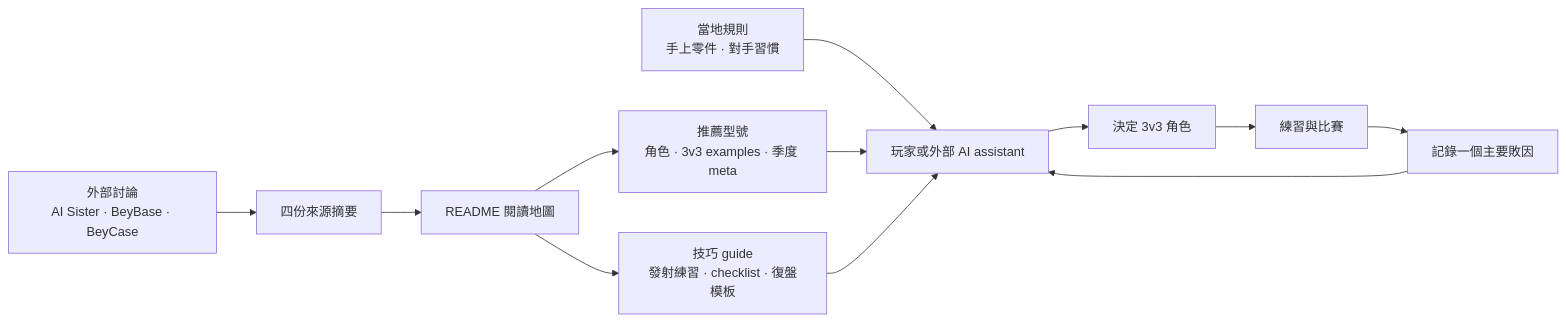
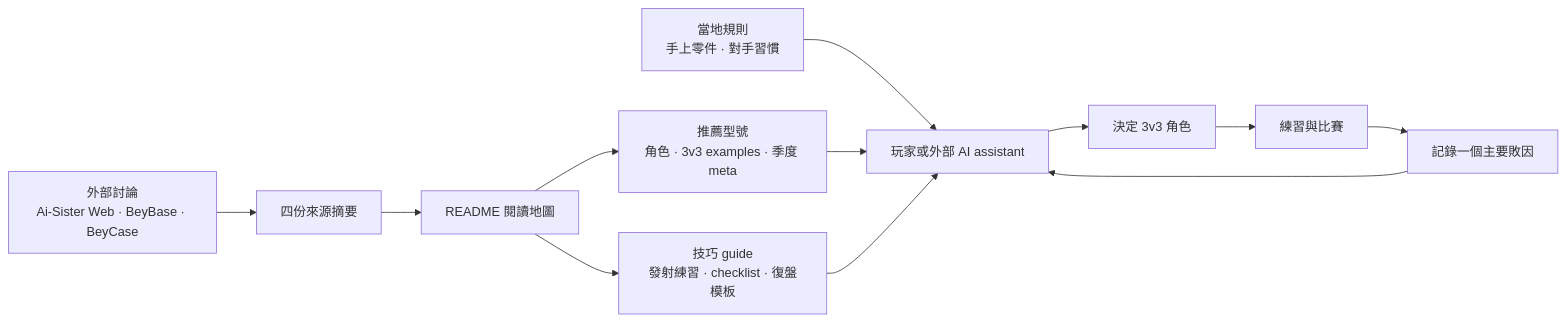
The second of 2 diagrams in projects/zhan-dou-tuo-luo.md (teddashh/teddashh), drawn with Mermaid before and after one commit. The commit also changed other lines of this file and 16 other files, not shown here.

```diff
--- a/projects/zhan-dou-tuo-luo.md
+++ b/projects/zhan-dou-tuo-luo.md
@@ -324,14 +326,14 @@
 ~~~mermaid
 flowchart LR
-    S["外部討論<br/>AI Sister · BeyBase · BeyCase"] --> N["四份來源摘要"]
+    S["外部討論<br/>Ai-Sister Web · BeyBase · BeyCase"] --> N["四份來源摘要"]
     N --> I["README 閱讀地圖"]
     I --> B["推薦型號<br/>角色 · 3v3 examples · 季度 meta"]
     I --> T["技巧 guide<br/>發射練習 · checklist · 復盤模板"]
     R["當地規則<br/>手上零件 · 對手習慣"] --> P["玩家或外部 AI assistant"]
     B --> P
     T --> P
     P --> D["決定 3v3 角色"]
     D --> M["練習與比賽"]
     M --> Q["記錄一個主要敗因"]
     Q --> P
 ~~~
```
